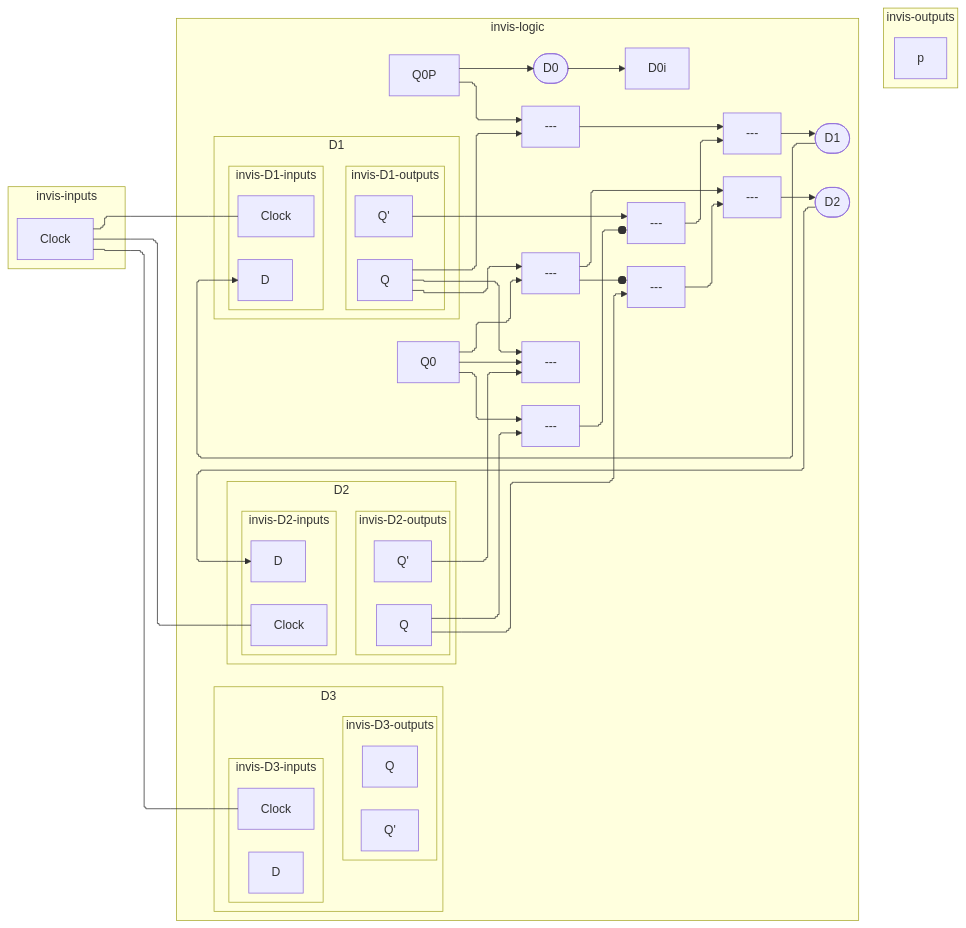
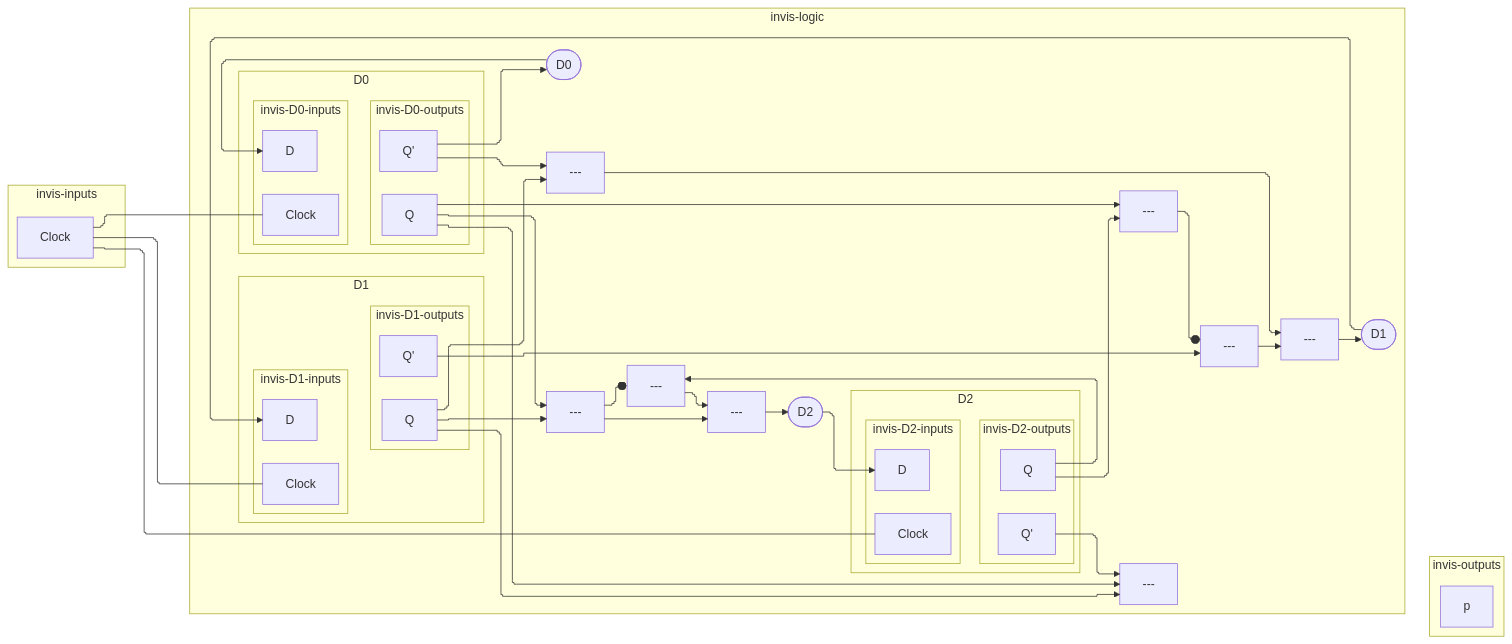
One commit to tnichols217/notes changed the fifth of 5 diagrams in CSDS 281 - Logic Design/HW/8/Tables.md. Above: the diagram before and after it, drawn with Mermaid.

Commit message:
vault backup: 2024-04-05 00:15:50

````diff
--- a/CSDS 281 - Logic Design/HW/8/Tables.md
+++ b/CSDS 281 - Logic Design/HW/8/Tables.md
@@ -180,65 +180,65 @@
 ```mermaid
 %%{ init: { 'flowchart': { 'curve': 'stepBefore', "defaultRenderer": "elk" } } }%%
 flowchart LR
 subgraph invis-inputs
 	Clock
 end
 subgraph invis-logic
+	subgraph D0
+		subgraph invis-D0-inputs
+			D0i[D]
+			D0c[Clock]
+		end
+		Clock --- D0c
+		subgraph invis-D0-outputs
+			Q0[Q]
+			Q0P[Q']
+		end
+		invis-D0-inputs ~~~ invis-D0-outputs
+	end
 	subgraph D1
 		subgraph invis-D1-inputs
 			D1i[D]
 			D1c[Clock]
 		end
 		Clock --- D1c
 		subgraph invis-D1-outputs
 			Q1[Q]
 			Q1P[Q']
 		end
 		invis-D1-inputs ~~~ invis-D1-outputs
 	end
 	subgraph D2
 		subgraph invis-D2-inputs
 			D2i[D]
 			D2c[Clock]
 		end
 		Clock --- D2c
 		subgraph invis-D2-outputs
 			Q2[Q]
 			Q2P[Q']
 		end
 		invis-D2-inputs ~~~ invis-D2-outputs
 	end
-	subgraph D3
-		subgraph invis-D3-inputs
-			D3i[D]
-			D3c[Clock]
-		end
-		Clock --- D3c
-		subgraph invis-D3-outputs
-			Q3[Q]
-			Q3P[Q']
-		end
-		invis-D3-inputs ~~~ invis-D3-outputs
-	end
 	Q0P ---> D0ii([D0])
 	D0ii ---> D0i
 	Q2 & Q0 ---> xor1[---]
 	Q1P ---> and1[---]
 	xor1 ---o and1
 	Q1 & Q0P ---> and2[---]
 	and1 & and2 ---> or1[---]
 	or1 ---> D1ii([D1])
 	D1ii ---> D1i
 	Q2P & Q1 & Q0 ---> and3[---]
 	Q1 & Q0 ---> and4[---]
 	Q2 ---> and5[---]
 	and4 ---o and5
 	and4 & and5 ---> or2[---]
 	or2 ---> D2ii([D2])
 	D2ii ---> D2i
 end
 subgraph invis-outputs
 	p
 end
 invis-inputs ~~~ invis-logic ~~~ invis-outputs
 ```
````
